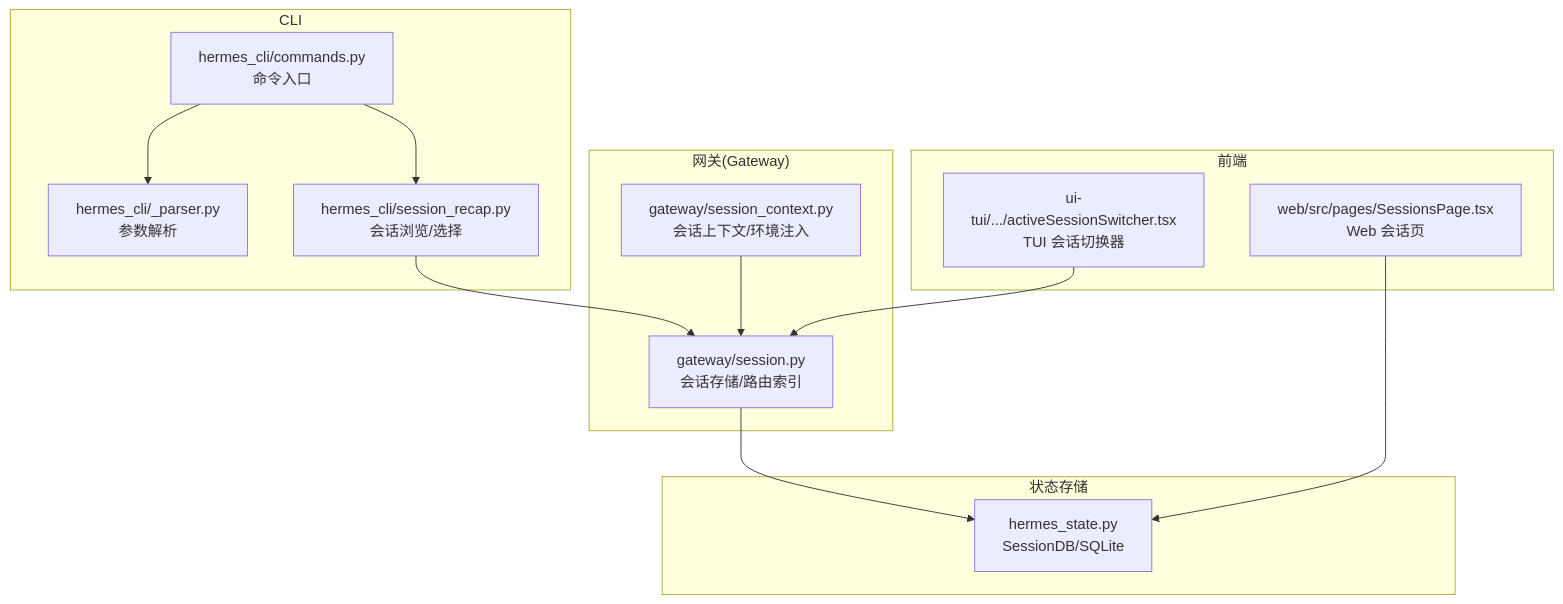
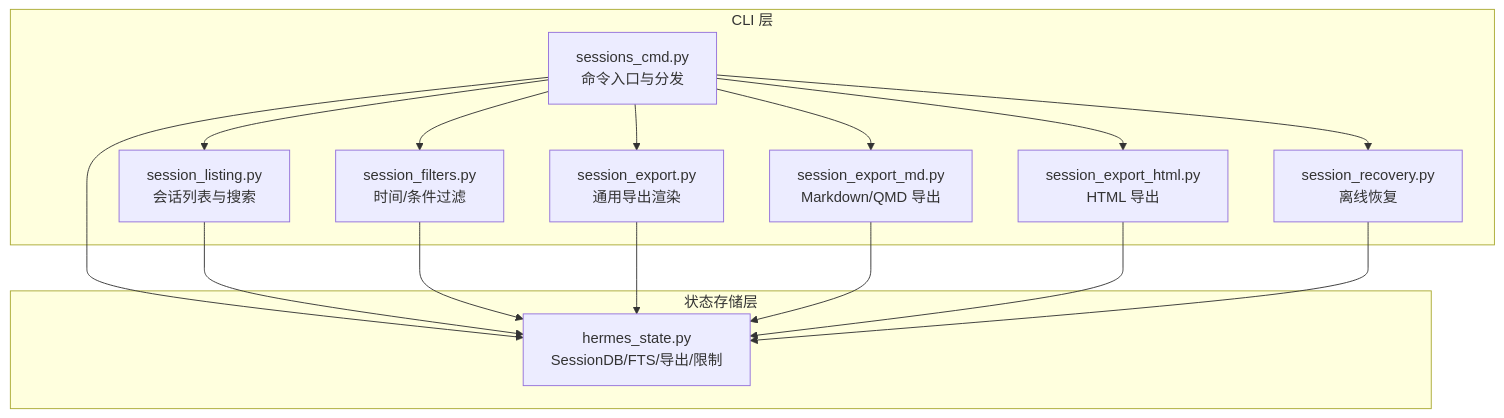
One commit to haolange/hermes-agent changed the first of 7 diagrams in .qoder/repowiki/zh/content/命令行界面/会话管理.md. Above: the diagram before and after it, drawn with Mermaid. The commit also changed other lines of this file and 1206 other files, not shown here.

````diff
--- a/.qoder/repowiki/zh/content/命令行界面/会话管理.md
+++ b/.qoder/repowiki/zh/content/命令行界面/会话管理.md
@@ -47,26 +41,28 @@
 ```mermaid
 graph TB
-subgraph "网关(Gateway)"
-GS["gateway/session.py<br/>会话存储/路由索引"]
-GSC["gateway/session_context.py<br/>会话上下文/环境注入"]
+subgraph "CLI 层"
+A["sessions_cmd.py<br/>命令入口与分发"]
+B["session_listing.py<br/>会话列表与搜索"]
+C["session_filters.py<br/>时间/条件过滤"]
+D["session_export.py<br/>通用导出渲染"]
+E["session_export_md.py<br/>Markdown/QMD 导出"]
+F["session_export_html.py<br/>HTML 导出"]
+G["session_recovery.py<br/>离线恢复"]
 end
-subgraph "CLI"
-CLI_CMD["hermes_cli/commands.py<br/>命令入口"]
-CLI_PARSER["hermes_cli/_parser.py<br/>参数解析"]
-CLI_BROWSE["hermes_cli/session_recap.py<br/>会话浏览/选择"]
+subgraph "状态存储层"
+H["hermes_state.py<br/>SessionDB/FTS/导出/限制"]
 end
-subgraph "状态存储"
-STATE["hermes_state.py<br/>SessionDB/SQLite"]
-end
-subgraph "前端"
-TUI["ui-tui/.../activeSessionSwitcher.tsx<br/>TUI 会话切换器"]
-WEB["web/src/pages/SessionsPage.tsx<br/>Web 会话页"]
-end
-CLI_CMD --> CLI_PARSER
-CLI_CMD --> CLI_BROWSE
-CLI_BROWSE --> GS
-GS --> STATE
-GSC --> GS
-TUI --> GS
-WEB --> STATE
+A --> B
+A --> C
+A --> D
+A --> E
+A --> F
+A --> G
+A --> H
+B --> H
+C --> H
+D --> H
+E --> H
+F --> H
+G --> H
 ```
````
